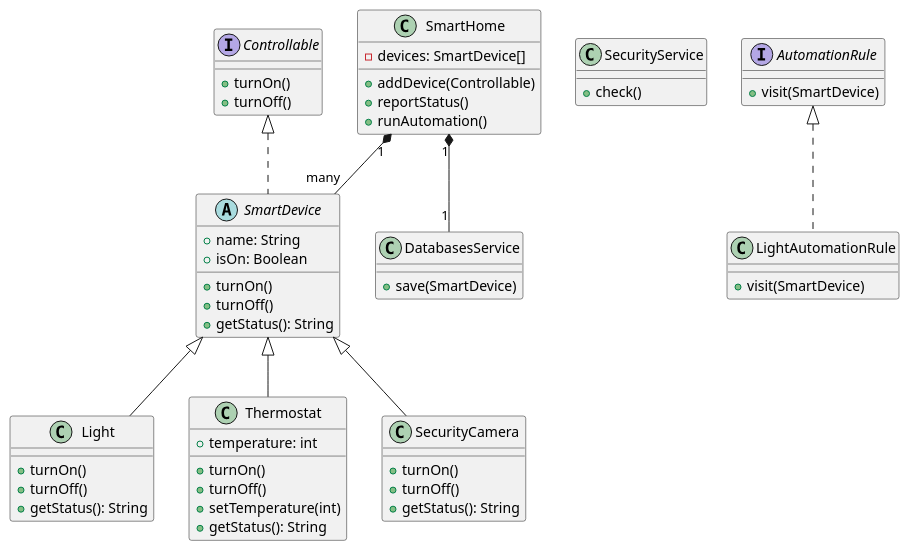
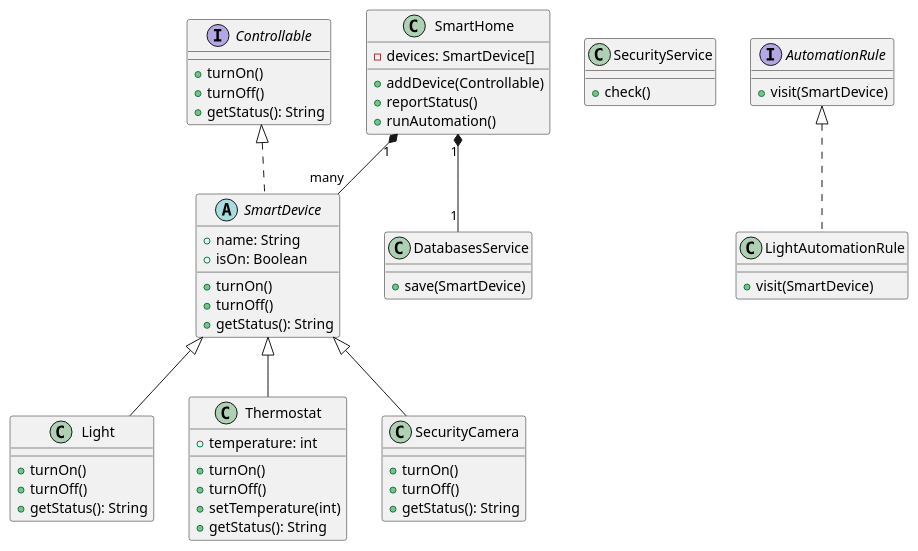
The first of 2 diagrams in shss.puml (Fatimah1403/SmartHomeSystemSimulation), drawn with PlantUML before and after one commit. The commit also changed 10 other files, not shown here.

```diff
--- a/shss.puml
+++ b/shss.puml
@@ -1,74 +1,75 @@
 @startuml
 ' --- Class Diagram ---
 ' Abstract Class: SmartDevice
 abstract class SmartDevice {
     + name: String
     + isOn: Boolean
     + turnOn()
     + turnOff()
     + getStatus(): String
 }
 
 ' Concrete classes inheriting from SmartDevice
 class Light {
     + turnOn()
     + turnOff()
     + getStatus(): String
 }
 
 class Thermostat {
     + temperature: int
     + turnOn()
     + turnOff()
     + setTemperature(int)
     + getStatus(): String
 }
 
 class SecurityCamera {
     + turnOn()
     + turnOff()
     + getStatus(): String
 }
 
 ' Interface for controllable devices
 interface Controllable {
     + turnOn()
     + turnOff()
+    + getStatus(): String
 }
 
 ' SmartHome class with devices
 class SmartHome {
     - devices: SmartDevice[]
     + addDevice(Controllable)
     + reportStatus()
     + runAutomation()
 }
 
 ' Services classes
 class SecurityService {
     + check()
 }
 
 class DatabasesService {
     + save(SmartDevice)
 }
 
 ' Automation rule interface
 interface AutomationRule {
     + visit(SmartDevice)
 }
 
 ' Light Automation Rule implementation
 class LightAutomationRule {
     + visit(SmartDevice)
 }
 
 ' Relationships
 SmartDevice <|-- Light
 SmartDevice <|-- Thermostat
 SmartDevice <|-- SecurityCamera
 Controllable <|.. SmartDevice
 SmartHome "1" *-- "many" SmartDevice
 SmartHome "1" *-- "1" DatabasesService
 AutomationRule <|.. LightAutomationRule
 @enduml
```
